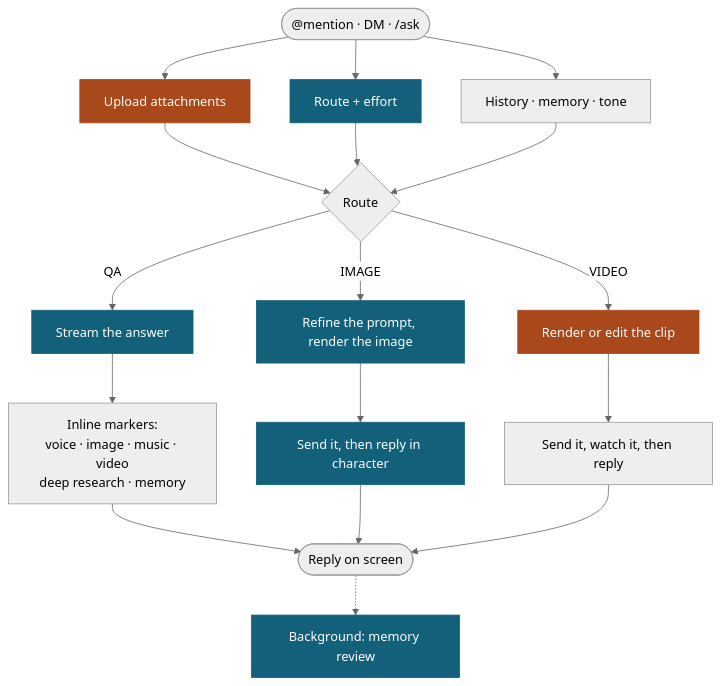
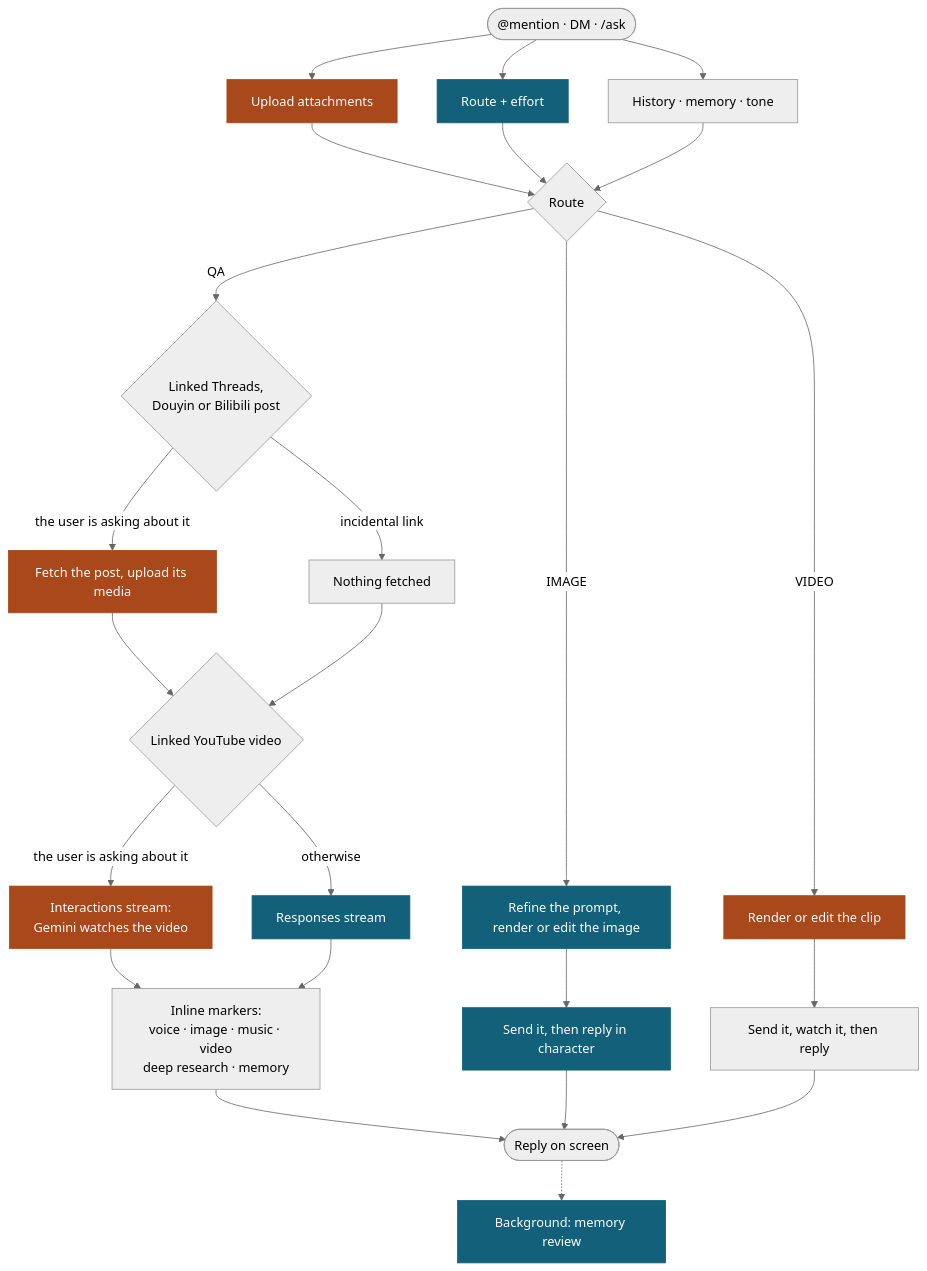
The diagram in README.md (Mai0313/discordbot), drawn with Mermaid (neutral theme) before and after one commit. The commit also changed other lines of this file and 2 other files, not shown here.

Commit message:
docs: draw the linked-post and YouTube branches in the README flowchart

````diff
--- a/README.md
+++ b/README.md
@@ -43,27 +43,33 @@
 ```mermaid
 flowchart TD
     U(["@mention · DM · /ask"]) --> UP & RT & CX
 
     UP["Upload attachments"]
     RT["Route + effort"]
     CX["History · memory · tone"]
 
     UP & RT & CX --> R{"Route"}
 
-    R -->|QA| Q1["Stream the answer"]
-    Q1 --> Q2["Inline markers:<br/>voice · image · music · video<br/>deep research · memory"]
-    R -->|IMAGE| I1["Refine the prompt, render the image"]
+    R -->|QA| L{"Linked Threads,<br/>Douyin or Bilibili post"}
+    L -->|"the user is asking about it"| LF["Fetch the post, upload its media"]
+    L -->|"incidental link"| LS["Nothing fetched"]
+    LF & LS --> Y{"Linked YouTube video"}
+    Y -->|"the user is asking about it"| YT["Interactions stream:<br/>Gemini watches the video"]
+    Y -->|"otherwise"| QS["Responses stream"]
+    YT & QS --> Q2["Inline markers:<br/>voice · image · music · video<br/>deep research · memory"]
+
+    R -->|IMAGE| I1["Refine the prompt, render or edit the image"]
     I1 --> I2["Send it, then reply in character"]
     R -->|VIDEO| V1["Render or edit the clip"]
     V1 --> V2["Send it, watch it, then reply"]
 
     Q2 --> OUT(["Reply on screen"])
     I2 --> OUT
     V2 --> OUT
     OUT -.-> MM["Background: memory review"]
 
     classDef proxy fill:#12607a,stroke:#12607a,color:#ffffff
     classDef direct fill:#a8481b,stroke:#a8481b,color:#ffffff
-    class RT,Q1,I1,I2,MM proxy
-    class UP,V1 direct
+    class RT,QS,I1,I2,MM proxy
+    class UP,LF,YT,V1 direct
 ```
````
